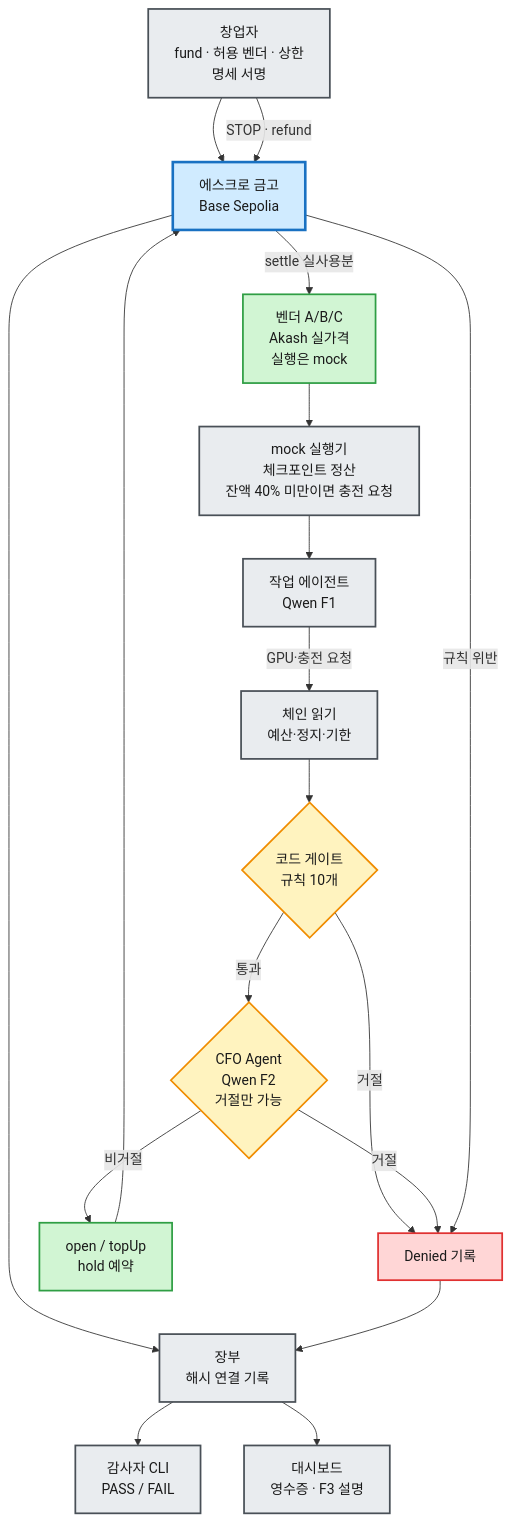
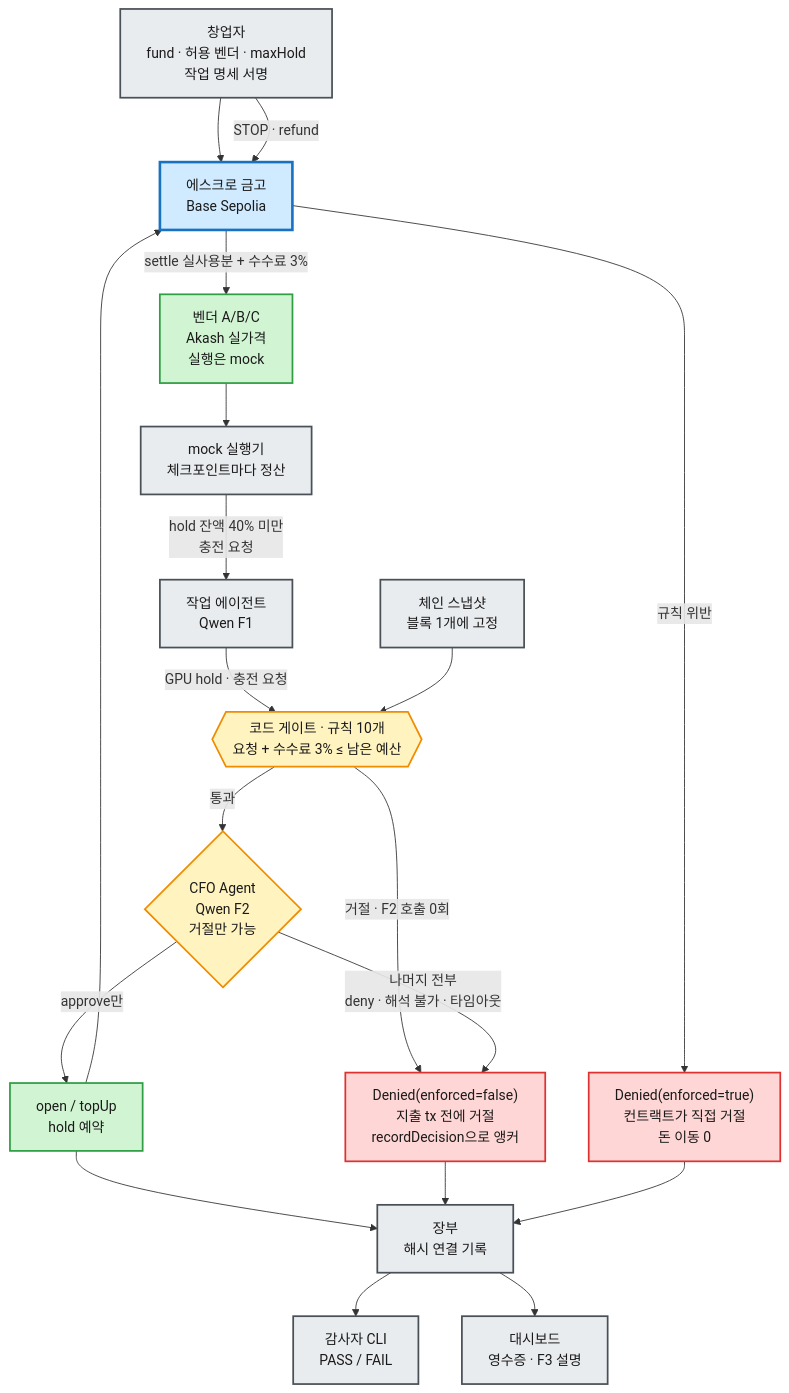
Before and after one commit to Rehgud/GWDC2026: the diagram in diagrams/cfo-agent-escrow-topup.mmd, drawn with Mermaid. The commit also changed 9 other files, not shown here.

First line of the commit message:
Demo script for the Base Sepolia take, bilingual captions, flow diagram fix

```diff
--- a/diagrams/cfo-agent-escrow-topup.mmd
+++ b/diagrams/cfo-agent-escrow-topup.mmd
@@ -1,29 +1,30 @@
 graph TD
-    F["창업자<br/>fund · 허용 벤더 · 상한<br/>명세 서명"] --> V["에스크로 금고<br/>Base Sepolia"]
-    W["작업 에이전트<br/>Qwen F1"] -->|"GPU·충전 요청"| R["체인 읽기<br/>예산·정지·기한"]
-    R --> G{"코드 게이트<br/>규칙 10개"}
+    F["창업자<br/>fund · 허용 벤더 · maxHold<br/>작업 명세 서명"] --> V["에스크로 금고<br/>Base Sepolia"]
+    W["작업 에이전트<br/>Qwen F1"] -->|"GPU hold · 충전 요청"| G{{"코드 게이트 · 규칙 10개<br/>요청 + 수수료 3% ≤ 남은 예산"}}
+    S["체인 스냅샷<br/>블록 1개에 고정"] --> G
     G -->|"통과"| C{"CFO Agent<br/>Qwen F2<br/>거절만 가능"}
-    G -->|"거절"| D["Denied 기록"]
-    C -->|"비거절"| T["open / topUp<br/>hold 예약"]
-    C -->|"거절"| D
+    G -->|"거절 · F2 호출 0회"| D["Denied(enforced=false)<br/>지출 tx 전에 거절<br/>recordDecision으로 앵커"]
+    C -->|"approve만"| T["open / topUp<br/>hold 예약"]
+    C -->|"나머지 전부<br/>deny · 해석 불가 · 타임아웃"| D
     T --> V
-    V -->|"규칙 위반"| D
-    V -->|"settle 실사용분"| P["벤더 A/B/C<br/>Akash 실가격<br/>실행은 mock"]
-    P --> X["mock 실행기<br/>체크포인트 정산<br/>잔액 40% 미만이면 충전 요청"]
-    X --> W
-    V --> L["장부<br/>해시 연결 기록"]
+    V -->|"규칙 위반"| DC["Denied(enforced=true)<br/>컨트랙트가 직접 거절<br/>돈 이동 0"]
+    V -->|"settle 실사용분 + 수수료 3%"| P["벤더 A/B/C<br/>Akash 실가격<br/>실행은 mock"]
+    P --> X["mock 실행기<br/>체크포인트마다 정산"]
+    X -->|"hold 잔액 40% 미만<br/>충전 요청"| W
+    T --> L["장부<br/>해시 연결 기록"]
     D --> L
+    DC --> L
     L --> A["감사자 CLI<br/>PASS / FAIL"]
     L --> U["대시보드<br/>영수증 · F3 설명"]
     F -->|"STOP · refund"| V
 
     classDef approved fill:#d1f5d3,stroke:#2f9e44,stroke-width:2px,color:#1a1a1a;
     classDef blocked fill:#ffd6d6,stroke:#e03131,stroke-width:2px,color:#1a1a1a;
     classDef neutral fill:#e9ecef,stroke:#495057,stroke-width:2px,color:#1a1a1a;
     classDef decision fill:#fff3bf,stroke:#f08c00,stroke-width:2px,color:#1a1a1a;
     classDef vault fill:#d0ebff,stroke:#1971c2,stroke-width:3px,color:#1a1a1a;
     class T,P approved;
-    class D blocked;
+    class D,DC blocked;
     class G,C decision;
     class V vault;
-    class F,W,R,X,L,A,U neutral;
+    class F,W,S,X,L,A,U neutral;
```
